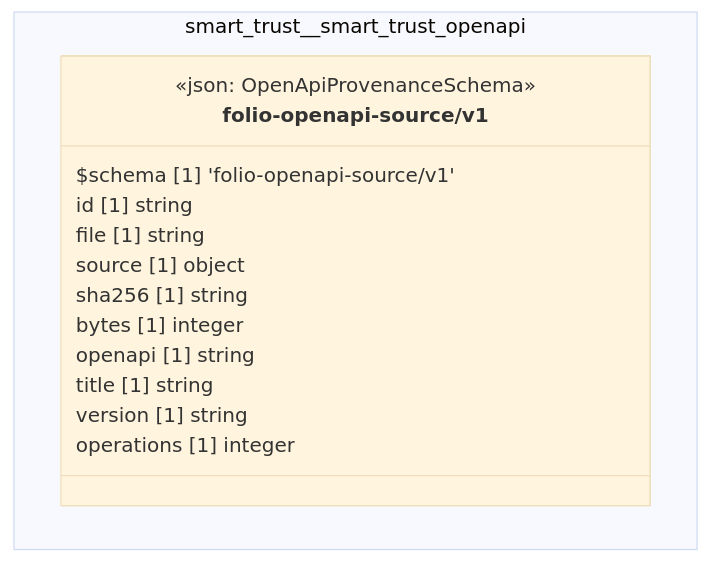
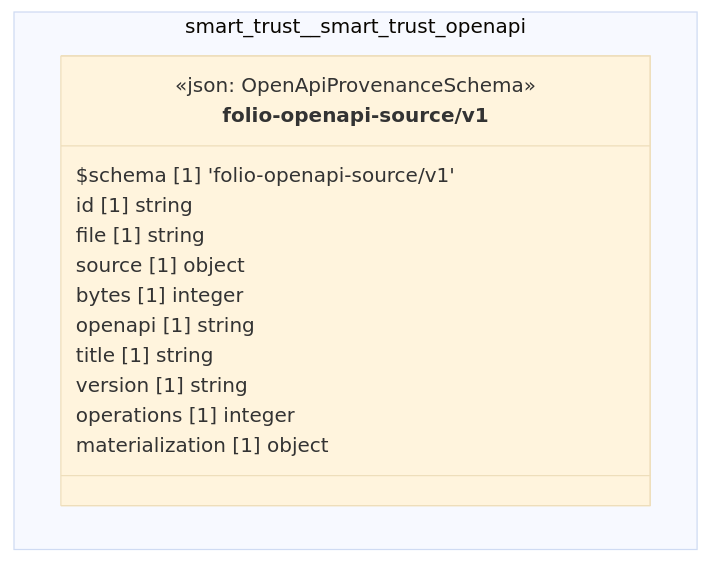
One commit to litlfred/folio-assistant changed the diagram in cat-harness/docs/uml/overview/smart-trust/smart-trust-openapi.md. Above: the diagram before and after it, drawn with Mermaid (base theme). The commit also changed 39 other files, not shown here.

First line of the commit message:
Regenerate after moving the OpenAPI pages into the graph and adding the openapi avatar (bean s4ta)

````diff
--- a/cat-harness/docs/uml/overview/smart-trust/smart-trust-openapi.md
+++ b/cat-harness/docs/uml/overview/smart-trust/smart-trust-openapi.md
@@ -42,20 +42,20 @@
 ```mermaid
 classDiagram
   direction TB
   namespace smart_trust__smart_trust_openapi {
     class smart_trust_smart_trust_openapi_folio_openapi_source_v1_folio_openapi_source_v1["folio-openapi-source/v1"] {
       <<json: OpenApiProvenanceSchema>>
       $schema [1] 'folio-openapi-source/v1'
       id [1] string
       file [1] string
       source [1] object
-      sha256 [1] string
       bytes [1] integer
       openapi [1] string
       title [1] string
       version [1] string
       operations [1] integer
+      materialization [1] object
     }
   }
   cssClass "smart_trust_smart_trust_openapi_folio_openapi_source_v1_folio_openapi_source_v1" fa_uml_kind_openapi
 ```
````
